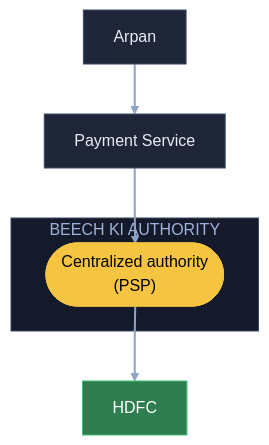
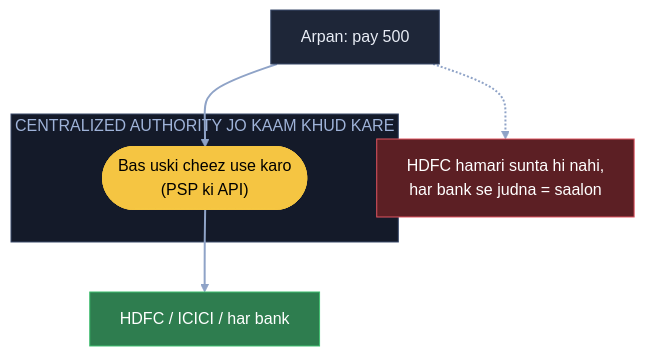
Before and after one commit to ArpanMaheshwari144/Prep: the first of 11 diagrams in 04_HLD/SYSTEM_DESIGNS/06_payment_system/06_payment_system.md, drawn with Mermaid (base theme). The commit also changed other lines of this file, not shown here.

Commit message:
Payment: 11 diagram hand notes ke shabdon se, K4 heading 'fallback tareeka'

````diff
--- a/04_HLD/SYSTEM_DESIGNS/06_payment_system/06_payment_system.md
+++ b/04_HLD/SYSTEM_DESIGNS/06_payment_system/06_payment_system.md
@@ -34,18 +34,18 @@
 ```mermaid
 flowchart TB
-    A["Arpan"]:::card
-    S["Payment Service"]:::card
-    subgraph CA["BEECH KI AUTHORITY"]
-        P(["Centralized authority<br/>(PSP)"]):::pill
+    A["Arpan: pay 500"]:::card
+    X["HDFC hamari sunta hi nahi,<br/>har bank se judna = saalon"]:::bad
+    subgraph CA["CENTRALIZED AUTHORITY JO KAAM KHUD KARE"]
+        P(["Bas uski cheez use karo<br/>(PSP ki API)"]):::pill
     end
-    H["HDFC"]:::good
-    A --> S
-    S --> P
+    H["HDFC / ICICI / har bank"]:::good
+    A -.-> X
+    A --> P
     P --> H
     linkStyle default stroke:#8fa3c7,stroke-width:2px
     classDef card fill:#1e2638,stroke:#3a4a6b,color:#e8ecf5
     classDef pill fill:#f5c542,stroke:#f5c542,color:#000
     classDef good fill:#2e7d4f,stroke:#3fbf6f,color:#fff
     classDef bad fill:#5c1f24,stroke:#e05561,color:#fff
     style CA fill:#141a29,stroke:#3a4a6b,color:#9fb3d9
 ```
````
